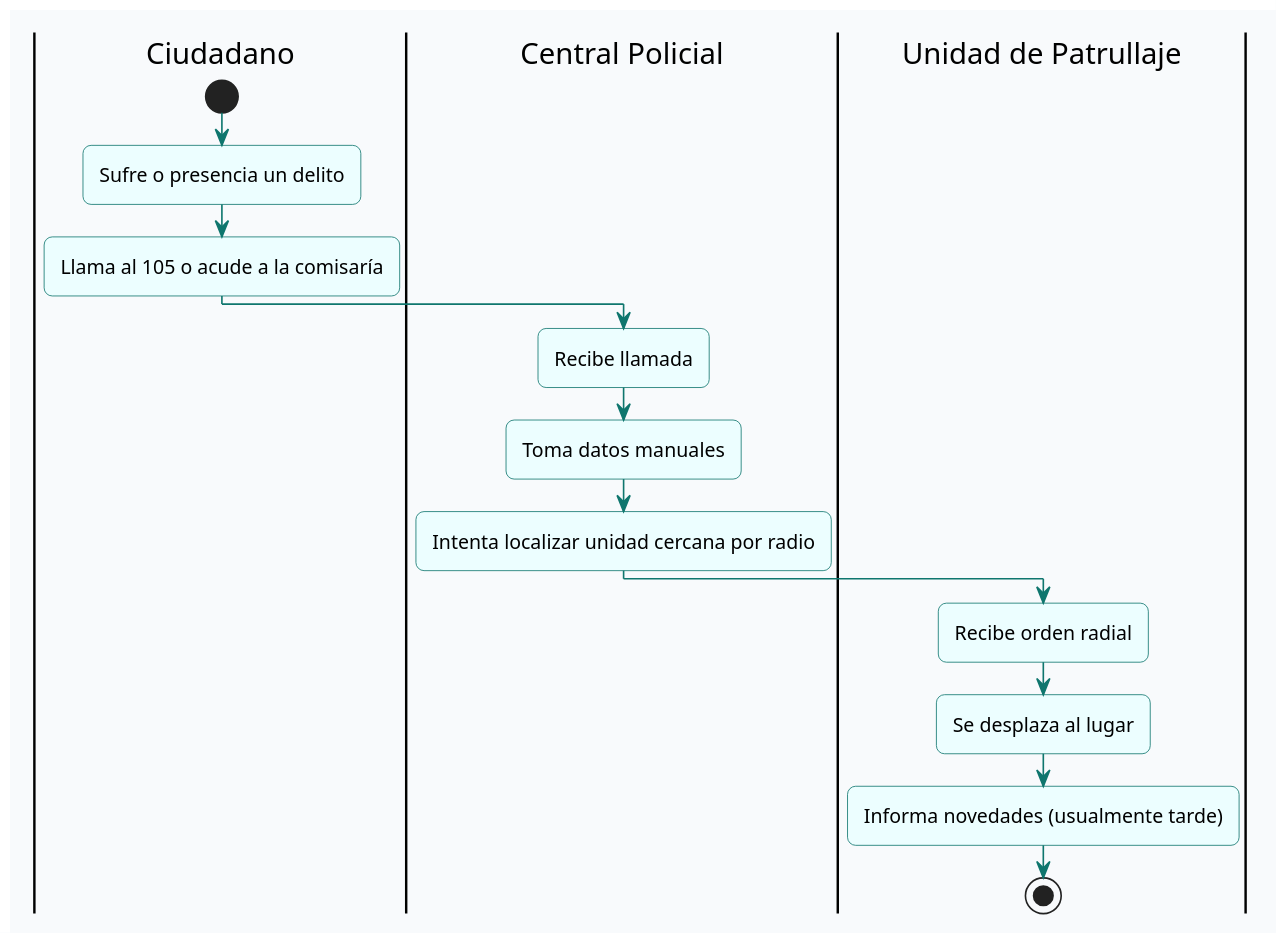
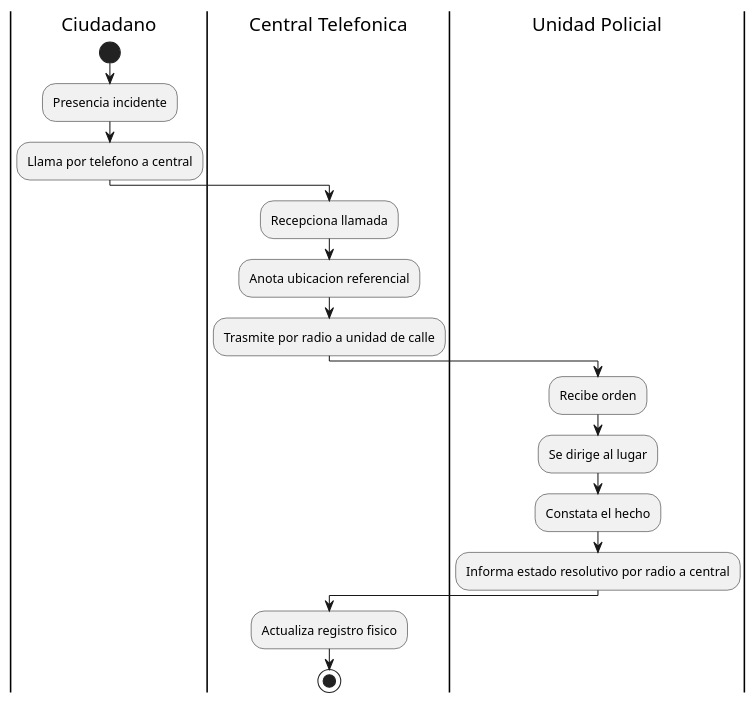
One commit to pieroalexanderppc/sgeo_pp changed the second of 8 diagrams in docs/FD03-EPIS-Informe SRS de Proyecto.md. Above: the diagram before and after it, drawn with PlantUML. The commit also changed other lines of this file and 1 other file, not shown here.

````diff
--- a/docs/FD03-EPIS-Informe SRS de Proyecto.md
+++ b/docs/FD03-EPIS-Informe SRS de Proyecto.md
@@ -117,28 +147,20 @@
 ```plantuml
 @startuml
-skinparam shadowing false
-skinparam roundcorner 10
-skinparam dpi 150
-skinparam defaultFontName Segoe UI
-skinparam backgroundColor #F8FAFC
-skinparam ArrowColor #0F766E
-skinparam ActivityBackgroundColor #ECFEFF
-skinparam ActivityBorderColor #0F766E
-skinparam ActivityDiamondBackgroundColor #FFFFFF
-skinparam ActivityDiamondBorderColor #0F766E
-
 |Ciudadano|
 start
-:Sufre o presencia un delito;
-:Llama al 105 o acude a la comisaría;
-|Central Policial|
-:Recibe llamada;
-:Toma datos manuales;
-:Intenta localizar unidad cercana por radio;
-|Unidad de Patrullaje|
-:Recibe orden radial;
-:Se desplaza al lugar;
-:Informa novedades (usualmente tarde);
+:Presencia incidente;
+:Llama por telefono a central;
+|Central Telefonica|
+:Recepciona llamada;
+:Anota ubicacion referencial;
+:Trasmite por radio a unidad de calle;
+|Unidad Policial|
+:Recibe orden;
+:Se dirige al lugar;
+:Constata el hecho;
+:Informa estado resolutivo por radio a central;
+|Central Telefonica|
+:Actualiza registro fisico;
 stop
 @enduml
 ```
````
